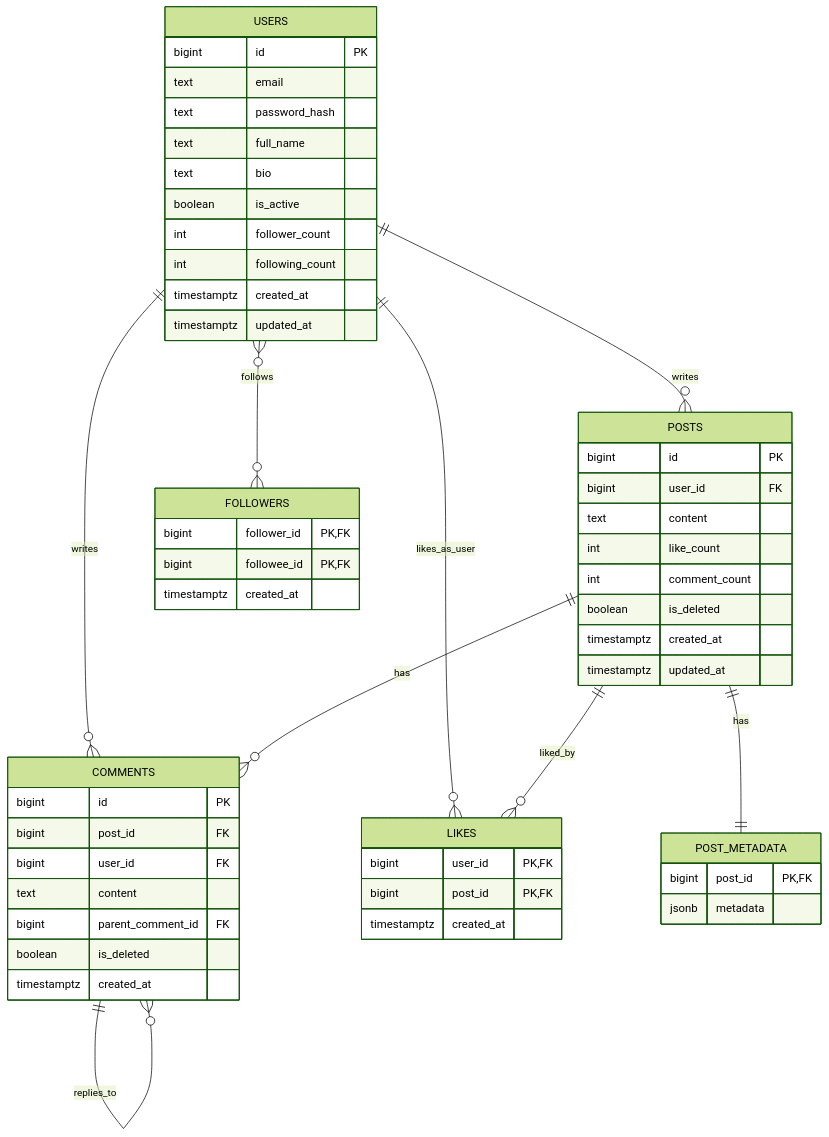
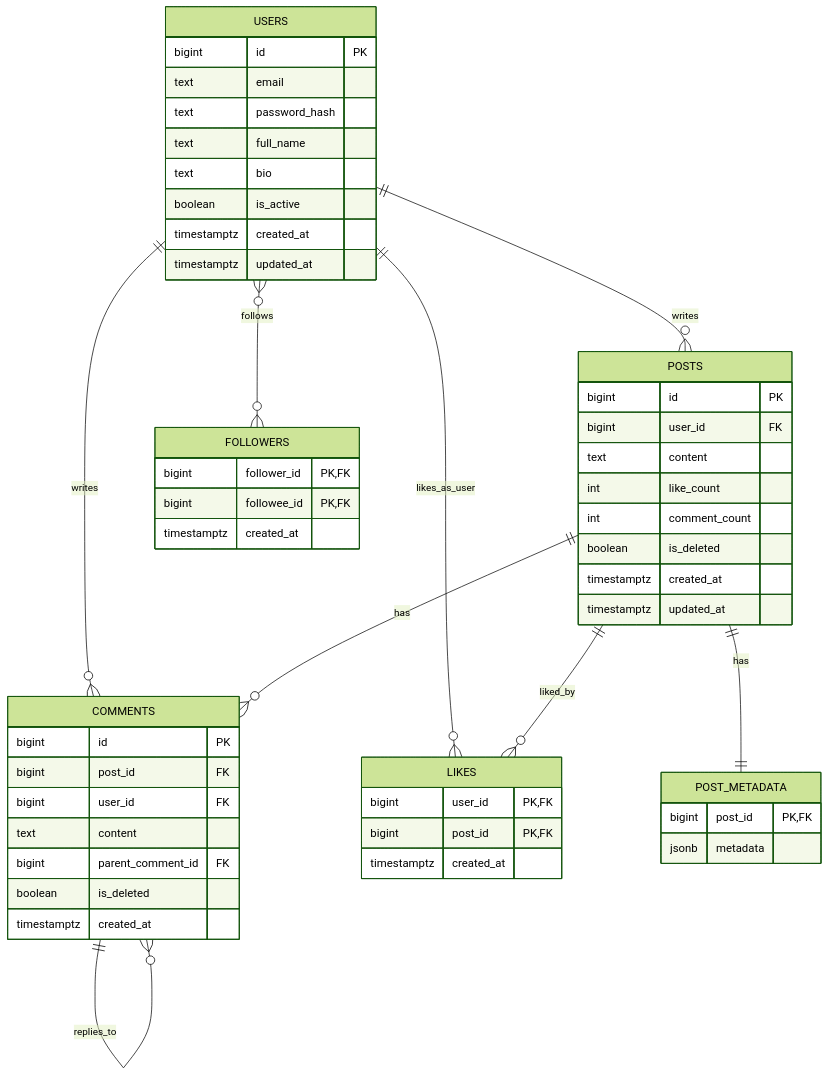
One commit to RUYANGA/Python-Be-AI-Amalitech changed the diagram in Module4/README.md. Above: the diagram before and after it, drawn with Mermaid (forest theme). The commit also changed other lines of this file and 6 other files, not shown here.

First line of the commit message:
drop follower/following counter columns; derive counts from followers table

````diff
--- a/Module4/README.md
+++ b/Module4/README.md
@@ -43,57 +43,55 @@
 ```mermaid
 erDiagram
     USERS {
         bigint id PK
         text email
         text password_hash
         text full_name
         text bio
         boolean is_active
-        int follower_count
-        int following_count
         timestamptz created_at
         timestamptz updated_at
     }
     POSTS {
         bigint id PK
         bigint user_id FK
         text content
         int like_count
         int comment_count
         boolean is_deleted
         timestamptz created_at
         timestamptz updated_at
     }
     COMMENTS {
         bigint id PK
         bigint post_id FK
         bigint user_id FK
         text content
         bigint parent_comment_id FK
         boolean is_deleted
         timestamptz created_at
     }
     FOLLOWERS {
         bigint follower_id PK,FK
         bigint followee_id PK,FK
         timestamptz created_at
     }
     LIKES {
         bigint user_id PK,FK
         bigint post_id PK,FK
         timestamptz created_at
     }
     POST_METADATA {
         bigint post_id PK,FK
         jsonb metadata
     }
 
     USERS ||--o{ POSTS : writes
     USERS ||--o{ COMMENTS : writes
     POSTS ||--o{ COMMENTS : has
     COMMENTS ||--o{ COMMENTS : replies_to
     USERS }o--o{ FOLLOWERS : follows
     USERS ||--o{ LIKES : likes_as_user
     POSTS ||--o{ LIKES : liked_by
     POSTS ||--|| POST_METADATA : has
 ```
````
